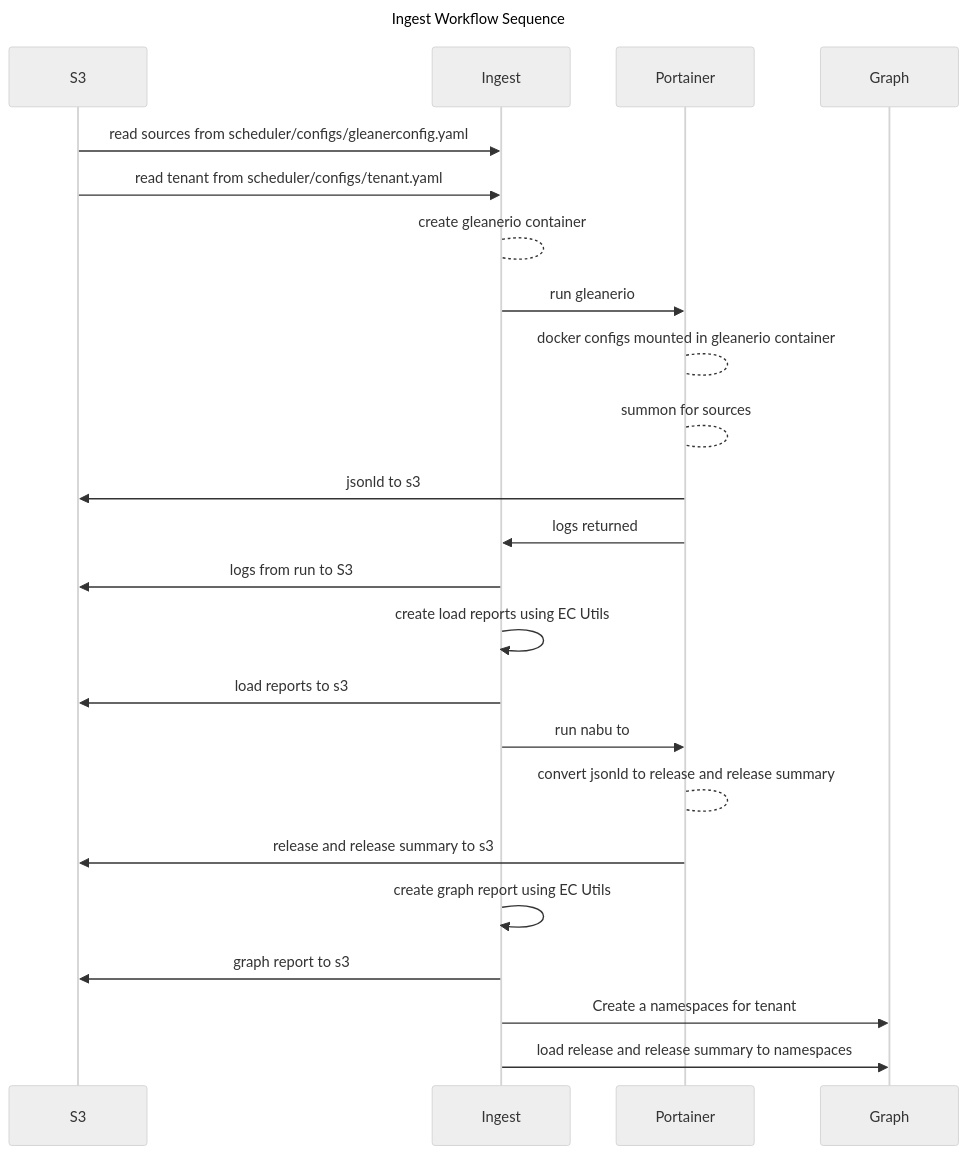
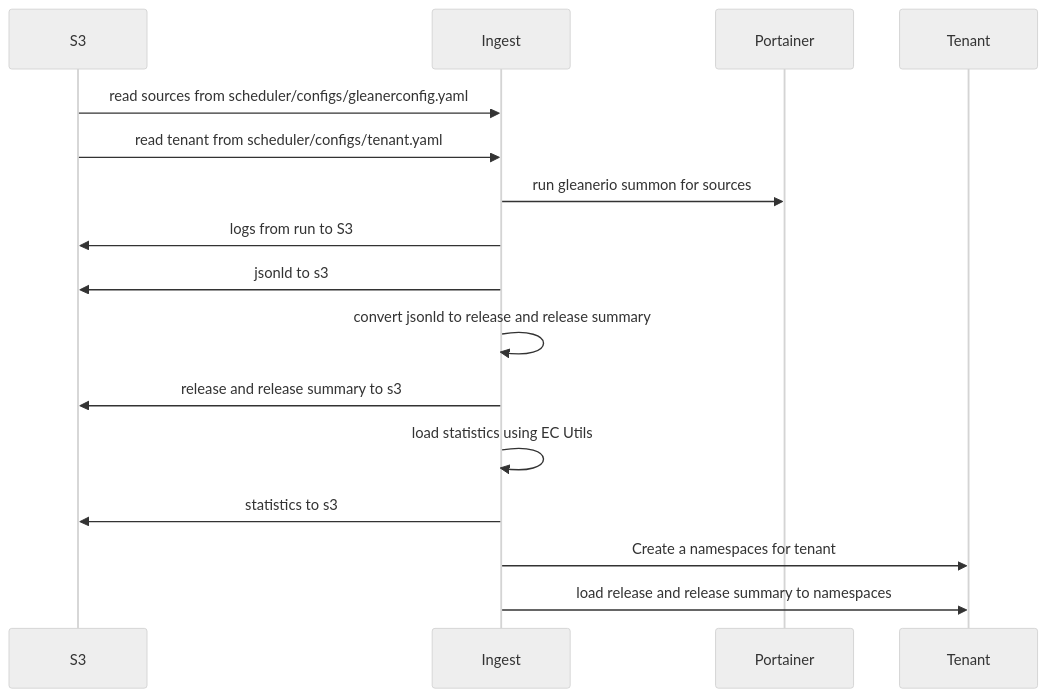
The second of 2 diagrams in docs/README.md (earthcube/scheduler), drawn with Mermaid (neutral theme) before and after one commit. The commit also changed other lines of this file, not shown here.

````diff
--- a/docs/README.md
+++ b/docs/README.md
@@ -108,28 +107,18 @@
 ```mermaid
----
-title: Ingest Workflow Sequence
----
 sequenceDiagram
     participant S3
     participant Ingest
     participant Portainer
-    participant Graph
+    participant Tenant
     S3->>Ingest: read sources from scheduler/configs/gleanerconfig.yaml
     S3->>Ingest: read tenant from scheduler/configs/tenant.yaml
-    Ingest-->Ingest: create gleanerio container
-    Ingest->>Portainer: run gleanerio 
-    Portainer-->Portainer: docker configs mounted in gleanerio container
-    Portainer-->Portainer: summon for sources
-    Portainer->>S3: jsonld  to s3
-    Portainer->>Ingest:  logs returned
+    Ingest->>Portainer: run gleanerio summon for sources
     Ingest->>S3: logs from run to S3
-    Ingest->>Ingest: create load reports using EC Utils
-    Ingest->>S3: load reports  to s3
-    Ingest->>Portainer: run nabu  to 
-    Portainer-->Portainer: convert jsonld  to release and release summary
-    Portainer->>S3: release and release summary  to s3
-    Ingest->>Ingest: create graph report using EC Utils
-    Ingest->>S3: graph report  to s3
-    Ingest->>Graph: Create a namespaces for tenant
-    Ingest->>Graph: load release and release summary to namespaces
+    Ingest->>S3: jsonld  to s3
+    Ingest->>Ingest: convert jsonld  to release and release summary
+    Ingest->>S3: release and release summary  to s3
+    Ingest->>Ingest: load statistics using EC Utils
+    Ingest->>S3: statistics  to s3
+    Ingest->>Tenant: Create a namespaces for tenant
+    Ingest->>Tenant: load release and release summary to namespaces
 ```
````
